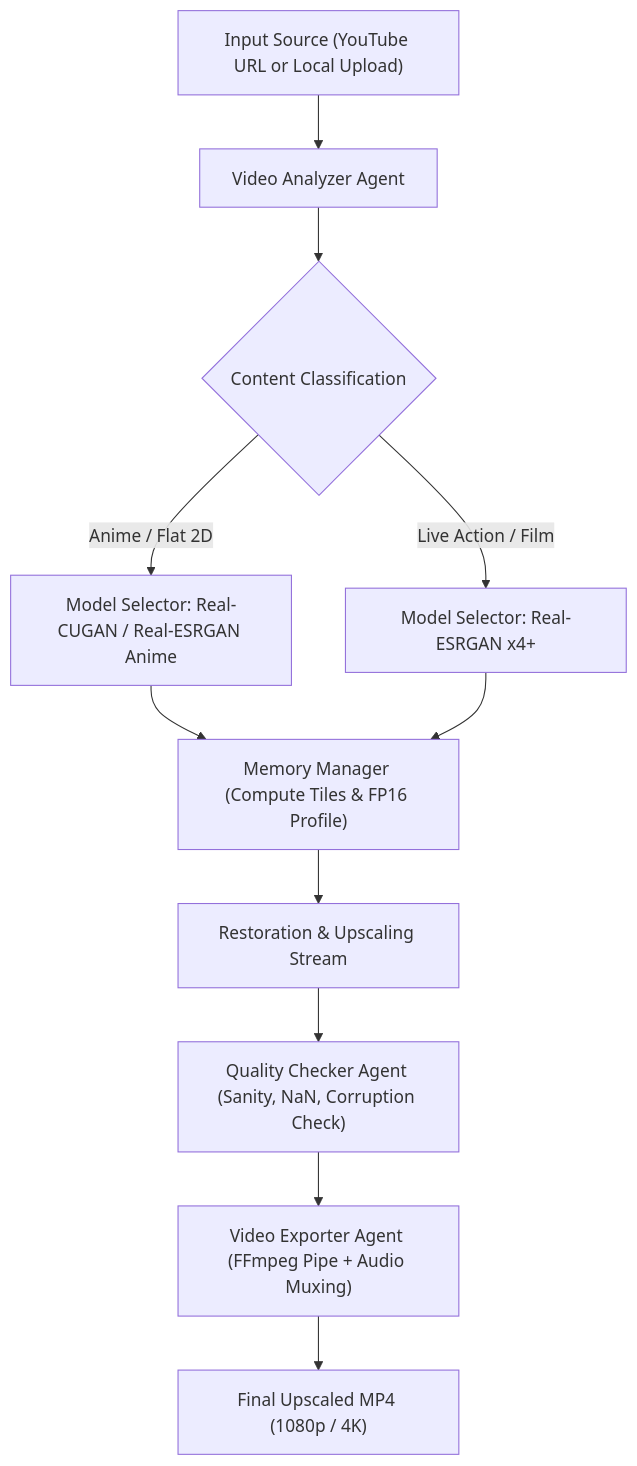
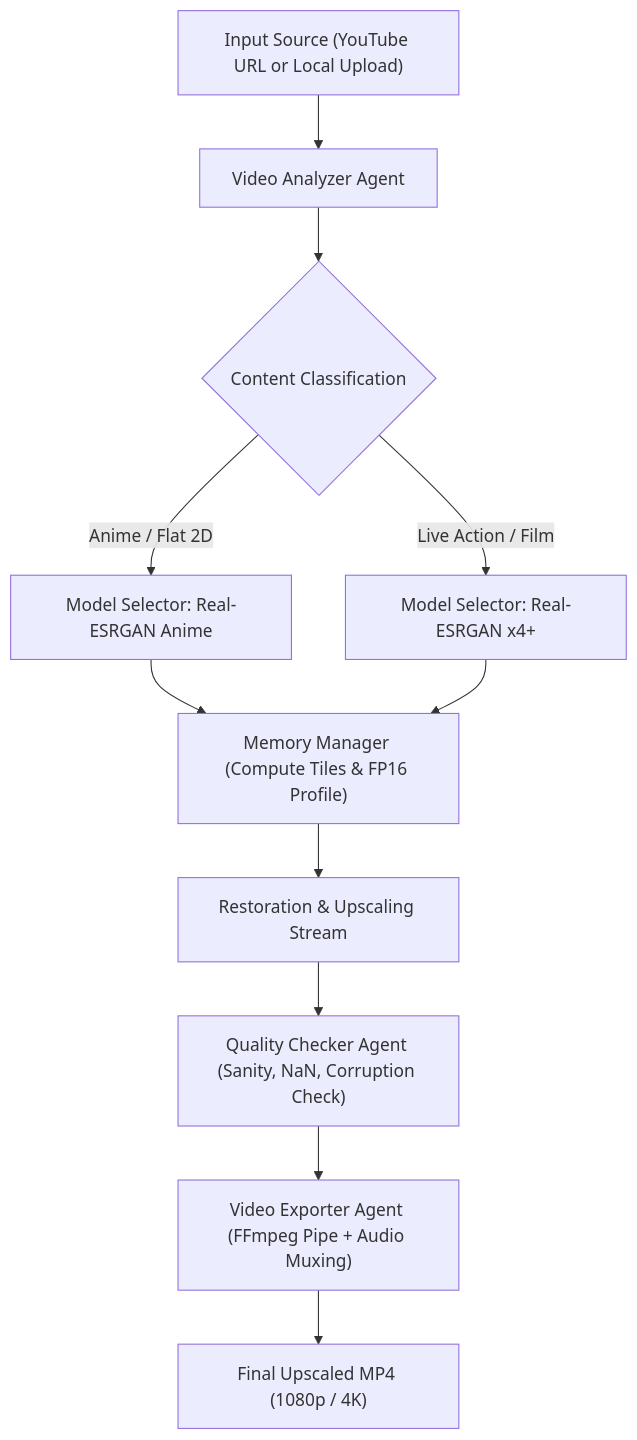
Before and after one commit to webdevaditya1/VisionScale-AI: the diagram in README.md, drawn with Mermaid. The commit also changed other lines of this file and 10 other files, not shown here.

````diff
--- a/README.md
+++ b/README.md
@@ -57,13 +57,13 @@
 ```mermaid
 flowchart TD
     A["Input Source (YouTube URL or Local Upload)"] --> B["Video Analyzer Agent"]
     B --> C{"Content Classification"}
-    C -->|"Anime / Flat 2D"| D["Model Selector: Real-CUGAN / Real-ESRGAN Anime"]
+    C -->|"Anime / Flat 2D"| D["Model Selector: Real-ESRGAN Anime"]
     C -->|"Live Action / Film"| E["Model Selector: Real-ESRGAN x4+"]
     D --> F["Memory Manager (Compute Tiles & FP16 Profile)"]
     E --> F
     F --> G["Restoration & Upscaling Stream"]
     G --> H["Quality Checker Agent (Sanity, NaN, Corruption Check)"]
     H --> I["Video Exporter Agent (FFmpeg Pipe + Audio Muxing)"]
     I --> J["Final Upscaled MP4 (1080p / 4K)"]
 ```
````
